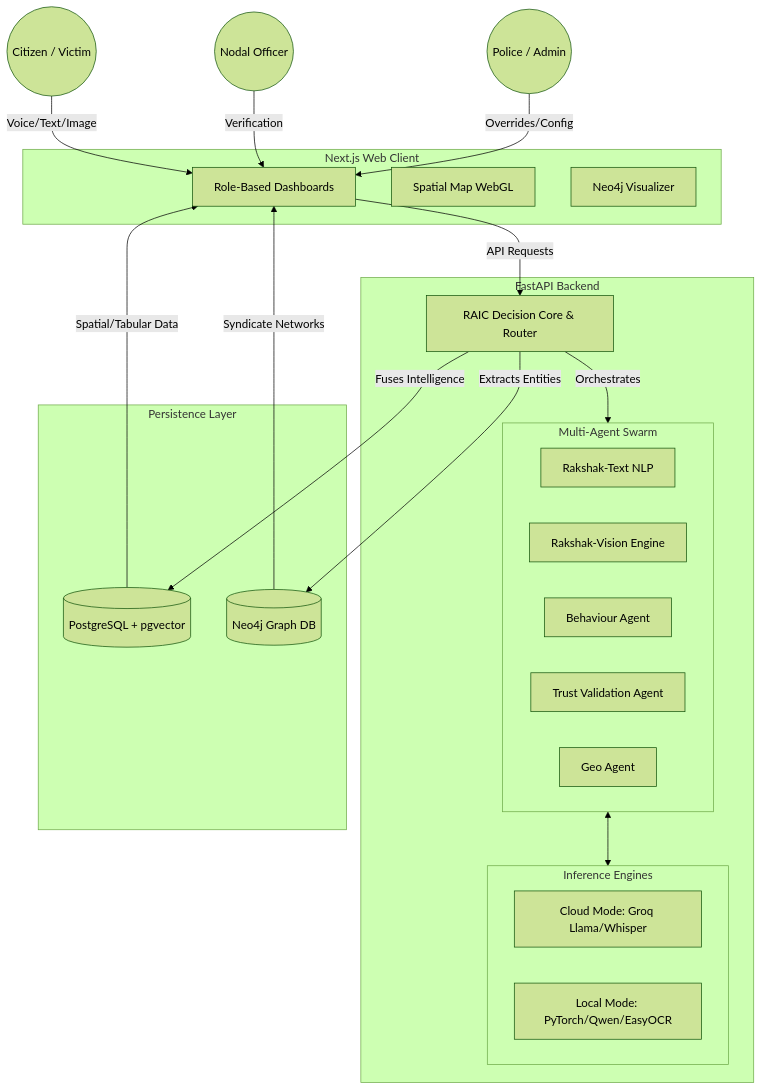
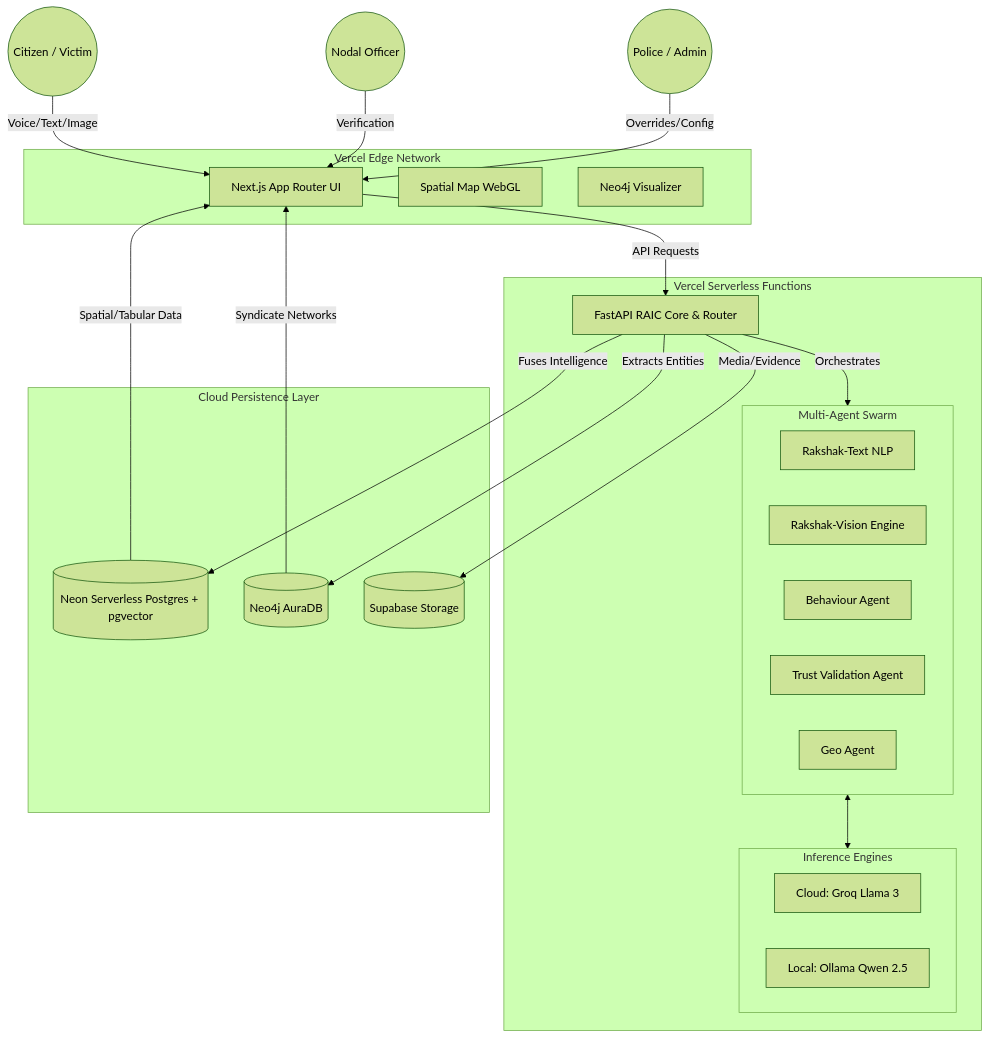
One commit to beastspirit2005/Digital-Rakshak changed the diagram in README.md. Above: the diagram before and after it, drawn with Mermaid (forest theme). The commit also changed other lines of this file, not shown here.

Commit message:
Update README and architecture diagram with Vercel, Neon Serverless Postgres, and Supabase integration

````diff
--- a/README.md
+++ b/README.md
@@ -43,54 +43,56 @@
 ```mermaid
 graph TD
     %% Users
     Citizen((Citizen / Victim))
     Banker((Nodal Officer))
     Admin((Police / Admin))
 
     %% Frontend UI
-    subgraph Frontend [Next.js Web Client]
-        UI[Role-Based Dashboards]
+    subgraph Frontend [Vercel Edge Network]
+        UI[Next.js App Router UI]
         Map[Spatial Map WebGL]
         Graph[Neo4j Visualizer]
     end
 
     %% API Gateway
-    subgraph Backend [FastAPI Backend]
-        Router[RAIC Decision Core & Router]
+    subgraph Backend [Vercel Serverless Functions]
+        Router[FastAPI RAIC Core & Router]
         
         %% Agents
         subgraph MAIF [Multi-Agent Swarm]
             TextA[Rakshak-Text NLP]
             VisA[Rakshak-Vision Engine]
             BehA[Behaviour Agent]
             TrustA[Trust Validation Agent]
             GeoA[Geo Agent]
         end
         
         %% External / Internal Models
-        subgraph DualMode [Inference Engines]
-            Cloud[Cloud Mode: Groq Llama/Whisper]
-            Local[Local Mode: PyTorch/Qwen/EasyOCR]
+        subgraph Inference [Inference Engines]
+            Cloud[Cloud: Groq Llama 3]
+            Local[Local: Ollama Qwen 2.5]
         end
     end
 
     %% Persistence
-    subgraph Databases [Persistence Layer]
-        PG[(PostgreSQL + pgvector)]
-        Neo[(Neo4j Graph DB)]
+    subgraph Databases [Cloud Persistence Layer]
+        PG[(Neon Serverless Postgres + pgvector)]
+        Neo[(Neo4j AuraDB)]
+        Storage[(Supabase Storage)]
     end
 
     %% Flow
     Citizen -->|Voice/Text/Image| UI
     Banker -->|Verification| UI
     Admin -->|Overrides/Config| UI
     
     UI -->|API Requests| Router
     Router -->|Orchestrates| MAIF
-    MAIF <--> DualMode
+    MAIF <--> Inference
     Router -->|Fuses Intelligence| PG
     Router -->|Extracts Entities| Neo
+    Router -->|Media/Evidence| Storage
     
     PG -->|Spatial/Tabular Data| UI
     Neo -->|Syndicate Networks| UI
 ```
````
